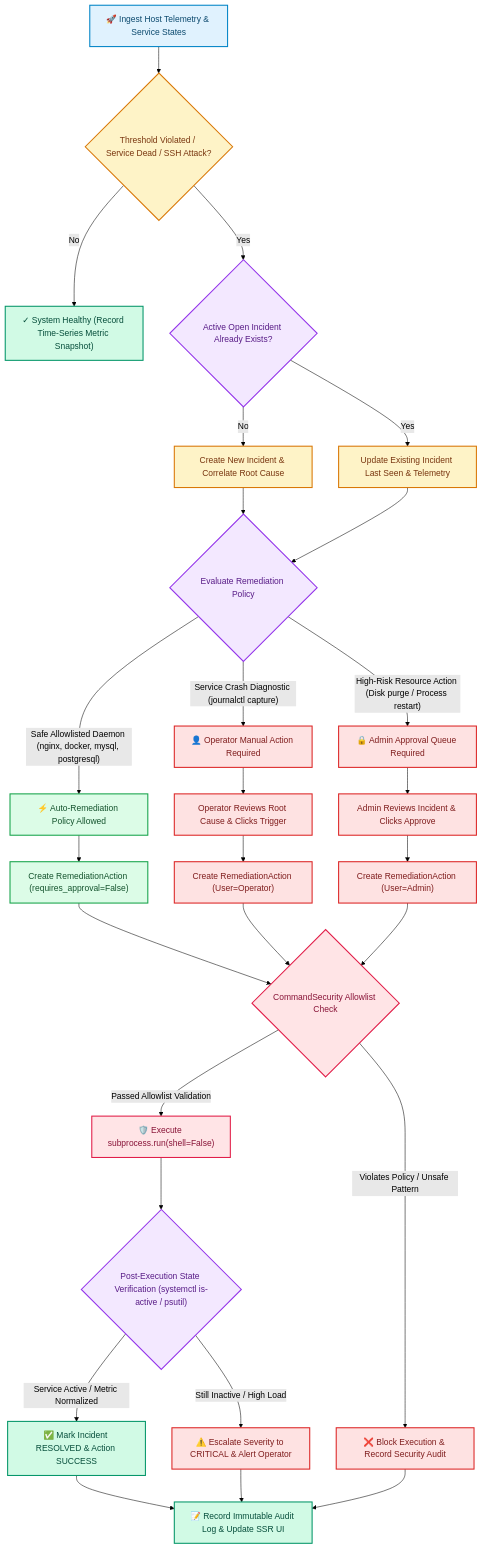
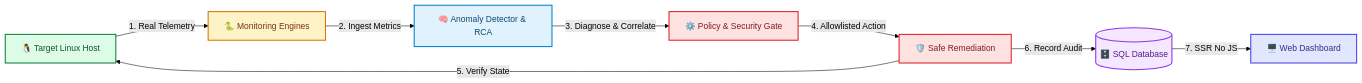
Before and after one commit to Vishal-Bhavar96/linuxguard-server-monitoring-auto-remediation: the diagram in README.md, drawn with Mermaid (forest theme). The commit also changed other lines of this file, not shown here.

Commit message:
docs: rewrite project README with updated overview, design goals, and streamlined architectural documentation.

````diff
--- a/README.md
+++ b/README.md
@@ -249,45 +59,24 @@
 ```mermaid
-flowchart TD
-    classDef startNode fill:#e0f2fe,stroke:#0284c7,stroke-width:2px,color:#0c4a6e;
-    classDef detectNode fill:#fef3c7,stroke:#d97706,stroke-width:2px,color:#78350f;
-    classDef decisionNode fill:#f3e8ff,stroke:#9333ea,stroke-width:2px,color:#581c87;
-    classDef autoNode fill:#dcfce7,stroke:#16a34a,stroke-width:2px,color:#14532d;
-    classDef manualNode fill:#fee2e2,stroke:#dc2626,stroke-width:2px,color:#7f1d1d;
-    classDef execNode fill:#ffe4e6,stroke:#e11d48,stroke-width:2px,color:#881337;
-    classDef successNode fill:#d1fae5,stroke:#059669,stroke-width:2px,color:#064e3b;
+flowchart LR
+    A[🐧 Target Linux Host] -->|1. Real Telemetry| B[🐍 Monitoring Engines]
+    B -->|2. Ingest Metrics| C[🧠 Anomaly Detector & RCA]
+    C -->|3. Diagnose & Correlate| D[⚙️ Policy & Security Gate]
+    D -->|4. Allowlisted Action| E[🛡️ Safe Remediation]
+    E -->|5. Verify State| A
+    E -->|6. Record Audit| F[(🗄️ SQL Database)]
+    F -->|7. SSR No JS| G[🖥️ Web Dashboard]
 
-    START["🚀 Ingest Host Telemetry & Service States"]:::startNode --> CHECK{"Threshold Violated / Service Dead / SSH Attack?"}:::detectNode
-    CHECK -- No --> OK["✓ System Healthy (Record Time-Series Metric Snapshot)"]:::successNode
-    CHECK -- Yes --> DEDUP{"Active Open Incident Already Exists?"}:::decisionNode
-    DEDUP -- Yes --> UPDATE_INC["Update Existing Incident Last Seen & Telemetry"]:::detectNode
-    DEDUP -- No --> NEW_INC["Create New Incident & Correlate Root Cause"]:::detectNode
+    classDef host fill:#dcfce7,stroke:#15803d,stroke-width:2px,color:#14532d;
+    classDef monitor fill:#fef3c7,stroke:#d97706,stroke-width:2px,color:#78350f;
+    classDef engine fill:#e0f2fe,stroke:#0284c7,stroke-width:2px,color:#0c4a6e;
+    classDef sec fill:#fee2e2,stroke:#dc2626,stroke-width:2px,color:#7f1d1d;
+    classDef db fill:#f3e8ff,stroke:#9333ea,stroke-width:2px,color:#581c87;
+    classDef ui fill:#e0e7ff,stroke:#4f46e5,stroke-width:2px,color:#312e81;
 
-    NEW_INC --> EVAL_POLICY{"Evaluate Remediation Policy"}:::decisionNode
-    UPDATE_INC --> EVAL_POLICY
-
-    EVAL_POLICY -- "Safe Allowlisted Daemon (nginx, docker, mysql, postgresql)" --> AUTO_GATE["⚡ Auto-Remediation Policy Allowed"]:::autoNode
-    EVAL_POLICY -- "Service Crash Diagnostic (journalctl capture)" --> OP_GATE["👤 Operator Manual Action Required"]:::manualNode
-    EVAL_POLICY -- "High-Risk Resource Action (Disk purge / Process restart)" --> ADMIN_GATE["🔒 Admin Approval Queue Required"]:::manualNode
-
-    AUTO_GATE --> CREATE_ACTION_AUTO["Create RemediationAction (requires_approval=False)"]:::autoNode
-    OP_GATE --> WAIT_OP["Operator Reviews Root Cause & Clicks Trigger"]:::manualNode
-    ADMIN_GATE --> WAIT_ADMIN["Admin Reviews Incident & Clicks Approve"]:::manualNode
-
-    WAIT_OP --> CREATE_ACTION_MAN["Create RemediationAction (User=Operator)"]:::manualNode
-    WAIT_ADMIN --> CREATE_ACTION_ADM["Create RemediationAction (User=Admin)"]:::manualNode
-
-    CREATE_ACTION_AUTO --> SEC_CHECK{"CommandSecurity Allowlist Check"}:::execNode
-    CREATE_ACTION_MAN --> SEC_CHECK
-    CREATE_ACTION_ADM --> SEC_CHECK
-
-    SEC_CHECK -- "Violates Policy / Unsafe Pattern" --> BLOCKED["❌ Block Execution & Record Security Audit"]:::manualNode
-    SEC_CHECK -- "Passed Allowlist Validation" --> EXEC_CMD["🛡️ Execute subprocess.run(shell=False)"]:::execNode
-
-    EXEC_CMD --> POST_VERIFY{"Post-Execution State Verification (systemctl is-active / psutil)"}:::decisionNode
-    POST_VERIFY -- "Service Active / Metric Normalized" --> RESOLVE["✅ Mark Incident RESOLVED & Action SUCCESS"]:::successNode
-    POST_VERIFY -- "Still Inactive / High Load" --> ESCALATE["⚠️ Escalate Severity to CRITICAL & Alert Operator"]:::manualNode
-
-    RESOLVE --> AUDIT["📝 Record Immutable Audit Log & Update SSR UI"]:::successNode
-    ESCALATE --> AUDIT
-    BLOCKED --> AUDIT
+    class A host;
+    class B monitor;
+    class C engine;
+    class D,E sec;
+    class F db;
+    class G ui;
 ```
````
